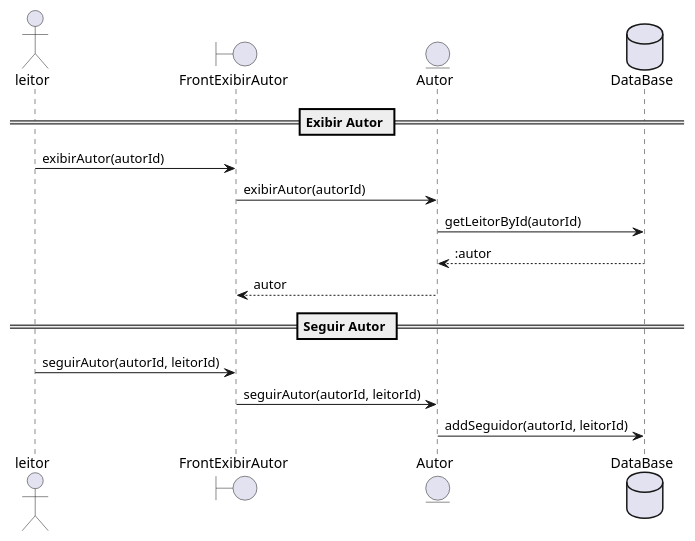
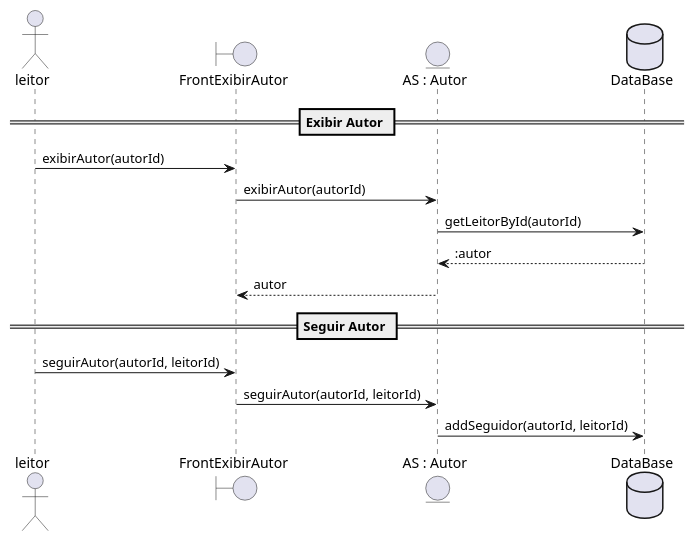
Before and after one commit to ThiagoAndradeRamalho/BibliotecaPessoal: the diagram in docs/diagramas/sequenciaSeguir.plantuml, drawn with PlantUML. The commit also changed 3 other files, not shown here.

Commit message:
Add diagramas de comunicacao

```diff
--- a/docs/diagramas/sequenciaSeguir.plantuml
+++ b/docs/diagramas/sequenciaSeguir.plantuml
@@ -1,18 +1,18 @@
 @startuml Biblioteca Pessoal Sequencia Seguir Autor
     actor leitor
     boundary FrontExibirAutor
-    entity Autor
+    entity "AS : Autor" as Autor
     database DataBase
 
     == Exibir Autor ==
     leitor -> FrontExibirAutor : exibirAutor(autorId)
     FrontExibirAutor -> Autor : exibirAutor(autorId)
     Autor -> DataBase : getLeitorById(autorId)
     DataBase --> Autor : :autor
     Autor --> FrontExibirAutor : autor
 
     == Seguir Autor ==
     leitor -> FrontExibirAutor : seguirAutor(autorId, leitorId)
     FrontExibirAutor -> Autor : seguirAutor(autorId, leitorId)
     Autor -> DataBase : addSeguidor(autorId, leitorId)
 @enduml
```
